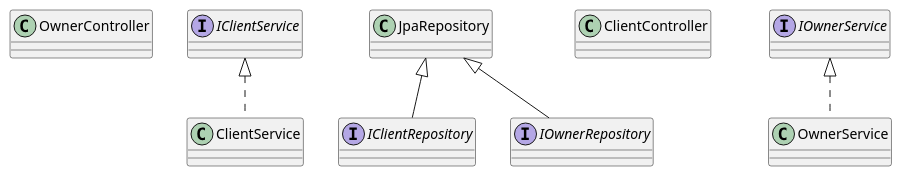
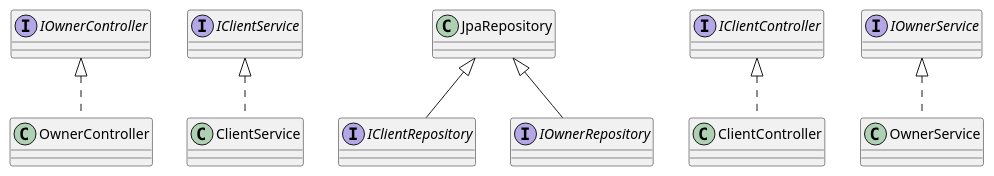
The diagram in Users.puml (Bercovein/CCoins_Users), drawn with PlantUML before and after one commit. The commit also changed 1 other file, not shown here.

```diff
--- a/Users.puml
+++ b/Users.puml
@@ -1,24 +1,30 @@
 @startuml
 class OwnerController {
+}
+interface IOwnerController {
 }
 class ClientService {
 }
 interface IClientService {
 }
 interface IClientRepository {
 }
+interface IClientController {
+}
 interface IOwnerRepository {
 }
+interface IOwnerService {
+}
 class ClientController {
-}
-interface IOwnerService {
 }
 class OwnerService {
 }
 
 
+IOwnerController <|.. OwnerController
 IClientService <|.. ClientService
 JpaRepository <|-- IClientRepository
 JpaRepository <|-- IOwnerRepository
+IClientController <|.. ClientController
 IOwnerService <|.. OwnerService
 @enduml
```
